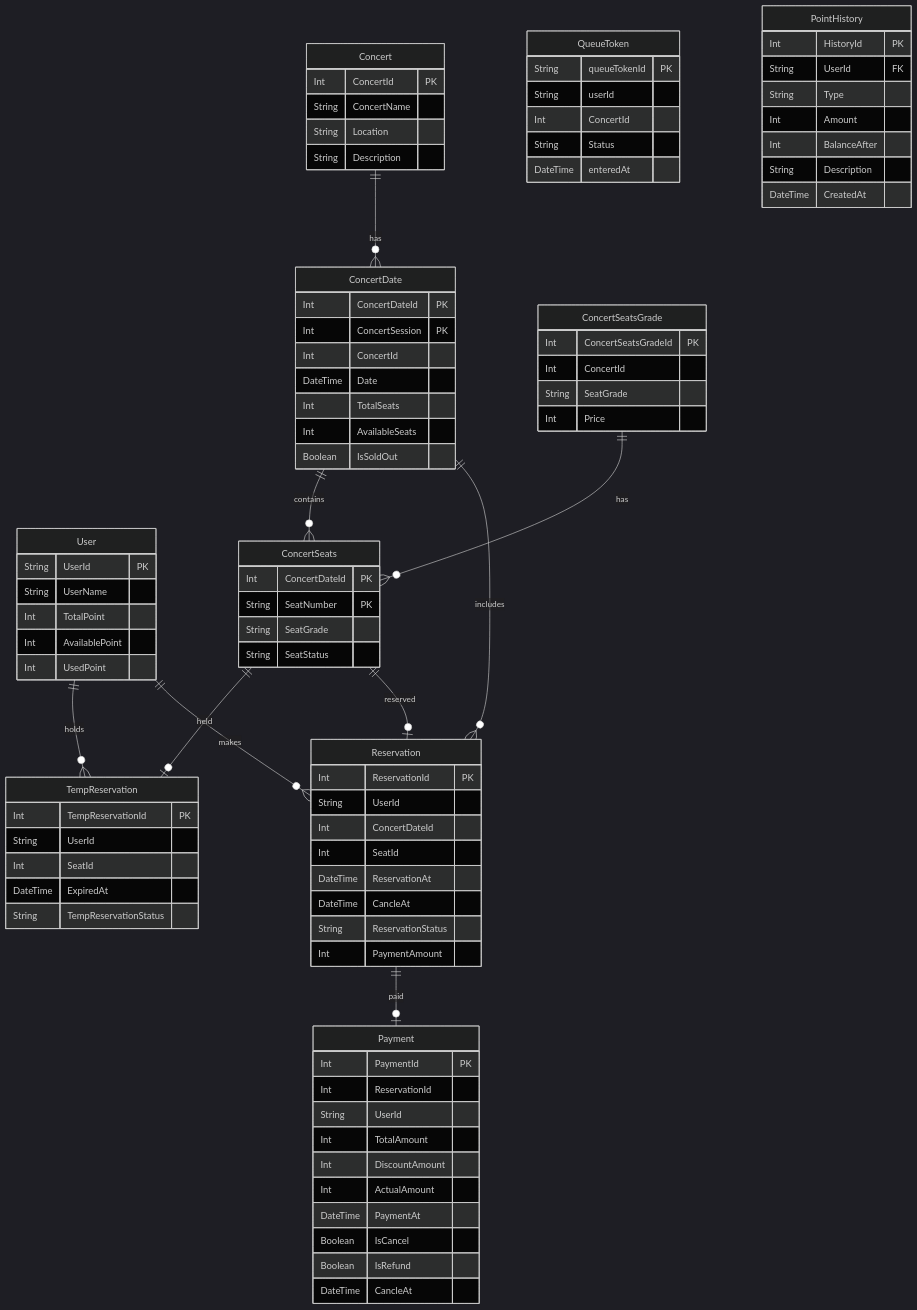
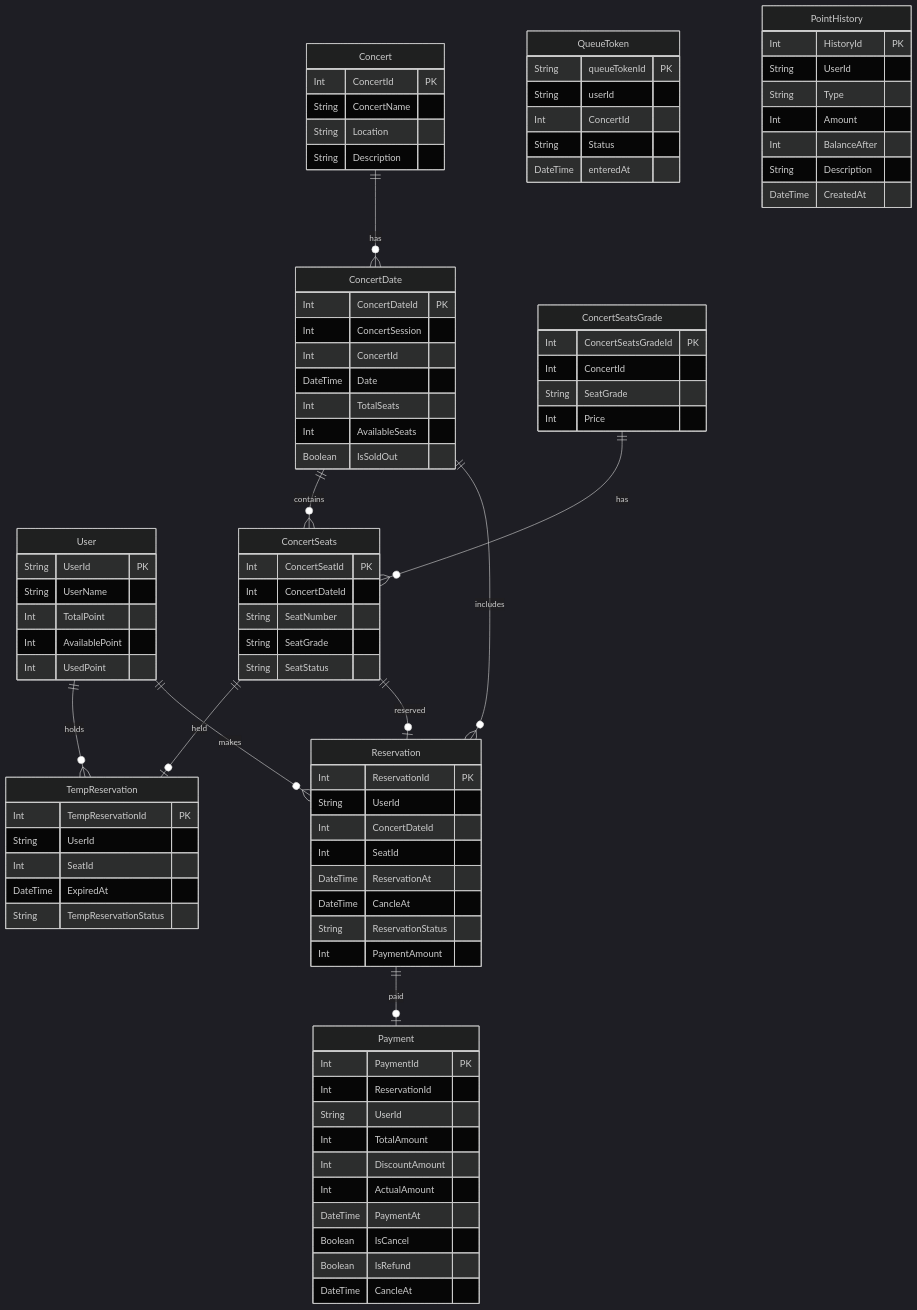
Before and after one commit to Park-GiJun/server: the first of 6 diagrams in docs/README.md, drawn with Mermaid (dark theme). The commit also changed 8 other files, not shown here.

Commit message:
[FEAT] ADD DOMAIN ENTITIES (Users, Concert, ConcertDate, ConcertSeat, ConcertSeatGrade)

```diff
--- a/docs/README.md
+++ b/docs/README.md
@@ -87,7 +87,7 @@
 
     ConcertDate {
         Int ConcertDateId PK
-        Int ConcertSession PK
+        Int ConcertSession
         Int ConcertId
         DateTime Date
         Int TotalSeats
@@ -96,8 +96,9 @@
     }
 
     ConcertSeats {
-        Int ConcertDateId PK
-        String SeatNumber PK
+        Int ConcertSeatId PK
+        Int ConcertDateId 
+        String SeatNumber 
         String SeatGrade
         String SeatStatus
     }
@@ -151,7 +152,7 @@
 
     PointHistory {
         Int HistoryId PK
-        String UserId FK
+        String UserId
         String Type 
         Int Amount
         Int BalanceAfter
```
